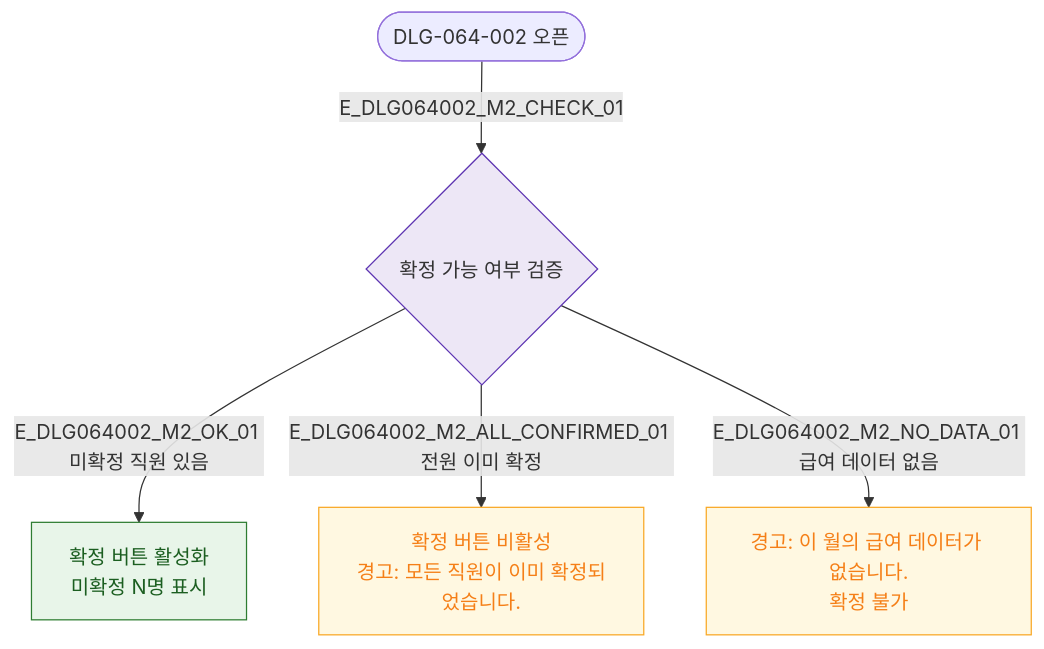
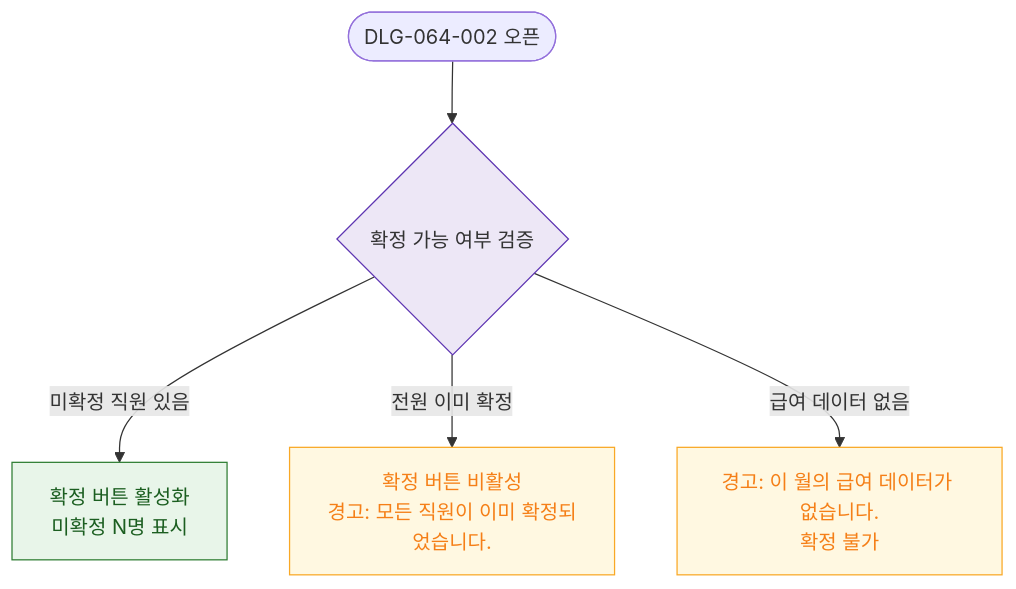
One commit to dev-spogym/admin-pando changed the diagram in docs/다이어그램/D07_직원관리/DLG/DLG-064-002/M2_필드검증.md. Above: the diagram before and after it, drawn with Mermaid. The commit also changed other lines of this file and 1660 other files, not shown here.

First line of the commit message:
다이어그램: 기획자/클라이언트 납품본으로 정리

````diff
--- a/docs/다이어그램/D07_직원관리/DLG/DLG-064-002/M2_필드검증.md
+++ b/docs/다이어그램/D07_직원관리/DLG/DLG-064-002/M2_필드검증.md
@@ -14,18 +12,18 @@
 ```mermaid
 flowchart TD
   OPEN([DLG-064-002 오픈])
-  OPEN -->|E_DLG064002_M2_CHECK_01| CHECK{확정 가능 여부 검증}
+  OPEN --> CHECK{확정 가능 여부 검증}
 
-  CHECK -->|E_DLG064002_M2_OK_01 미확정 직원 있음| VALID[확정 버튼 활성화\n미확정 N명 표시]
-  CHECK -->|E_DLG064002_M2_ALL_CONFIRMED_01 전원 이미 확정| DISABLED[확정 버튼 비활성\n경고: 모든 직원이 이미 확정되었습니다.]
-  CHECK -->|E_DLG064002_M2_NO_DATA_01 급여 데이터 없음| ERR_NO_DATA[경고: 이 월의 급여 데이터가 없습니다.\n확정 불가]
+  CHECK -->|미확정 직원 있음|VALID[확정 버튼 활성화\n미확정 N명 표시]
+  CHECK -->|전원 이미 확정|DISABLED[확정 버튼 비활성\n경고: 모든 직원이 이미 확정되었습니다.]
+  CHECK -->|급여 데이터 없음|ERR_NO_DATA[경고: 이 월의 급여 데이터가 없습니다.\n확정 불가]
 
   classDef success fill:#E8F5E9,stroke:#2E7D32,color:#1B5E20
   classDef warning fill:#FFF8E1,stroke:#F9A825,color:#F57F17
-  classDef error   fill:#FFEBEE,stroke:#C62828,color:#B71C1C
-  classDef system  fill:#EDE7F6,stroke:#5E35B2
+  classDef error fill:#FFEBEE,stroke:#C62828,color:#B71C1C
+  classDef system fill:#EDE7F6,stroke:#5E35B2
 
   class VALID success
   class DISABLED,ERR_NO_DATA warning
   class CHECK system
 ```
````
